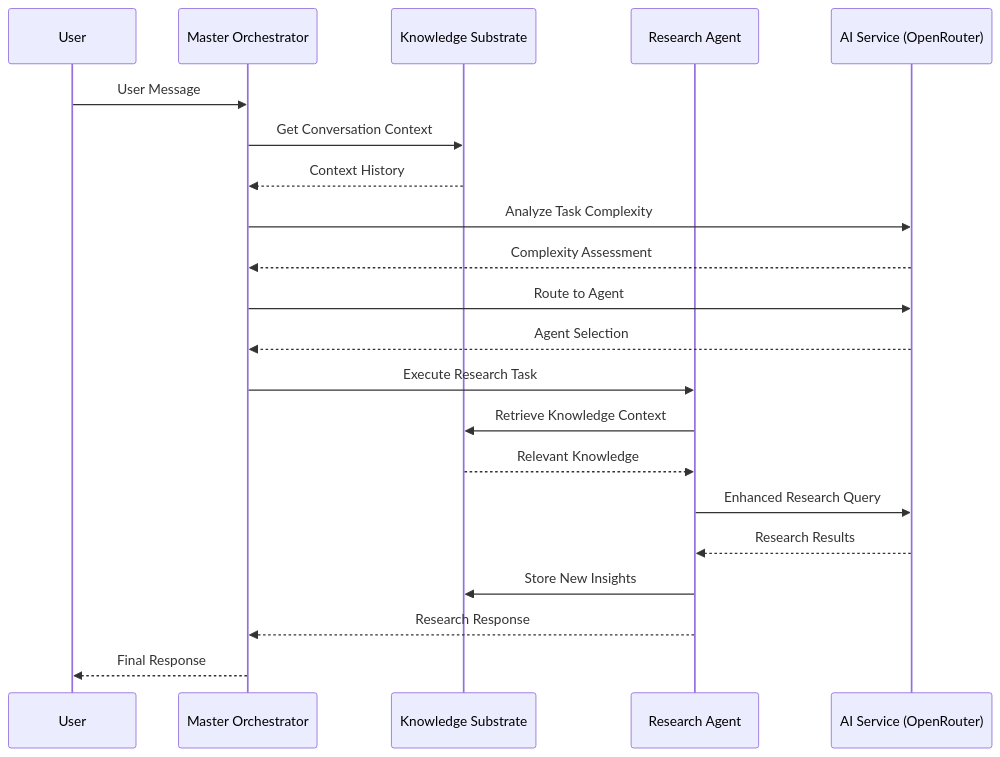
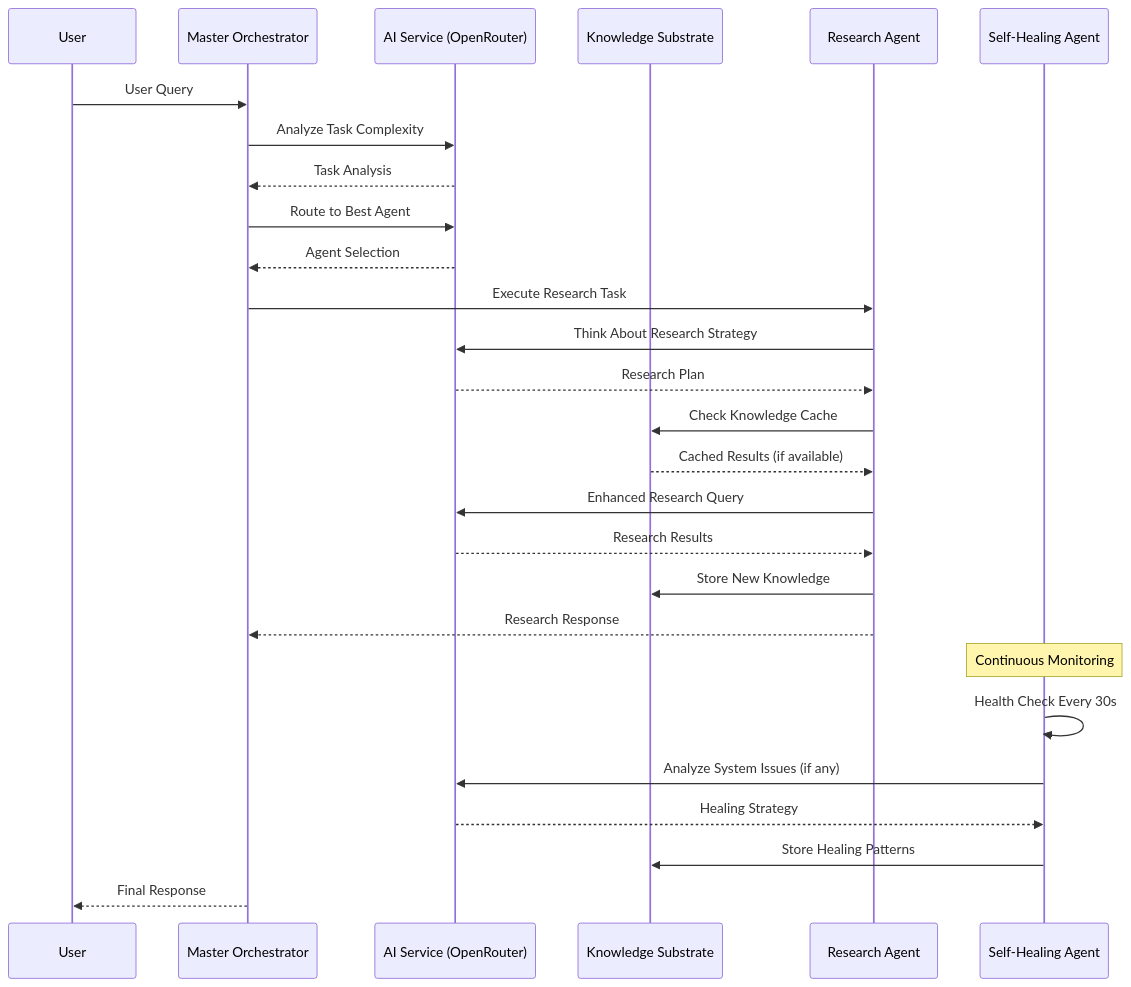
Before and after one commit to KevinDyerAU/AthenAiV2: the second of 3 diagrams in README.md, drawn with Mermaid. The commit also changed other lines of this file and 5 other files, not shown here.

Commit message:
docs: update README with new self-healing architecture and remove MLOps components

````diff
--- a/README.md
+++ b/README.md
@@ -320,24 +132,33 @@
 ```mermaid
 sequenceDiagram
     participant U as User
     participant MO as Master Orchestrator
+    participant AI as AI Service (OpenRouter)
     participant KS as Knowledge Substrate
     participant RA as Research Agent
-    participant AI as AI Service (OpenRouter)
+    participant SH as Self-Healing Agent
     
-    U->>MO: User Message
-    MO->>KS: Get Conversation Context
-    KS-->>MO: Context History
+    U->>MO: User Query
     MO->>AI: Analyze Task Complexity
-    AI-->>MO: Complexity Assessment
-    MO->>AI: Route to Agent
+    AI-->>MO: Task Analysis
+    MO->>AI: Route to Best Agent
     AI-->>MO: Agent Selection
+    
     MO->>RA: Execute Research Task
-    RA->>KS: Retrieve Knowledge Context
-    KS-->>RA: Relevant Knowledge
+    RA->>AI: Think About Research Strategy
+    AI-->>RA: Research Plan
+    RA->>KS: Check Knowledge Cache
+    KS-->>RA: Cached Results (if available)
     RA->>AI: Enhanced Research Query
     AI-->>RA: Research Results
-    RA->>KS: Store New Insights
+    RA->>KS: Store New Knowledge
     RA-->>MO: Research Response
+    
+    Note over SH: Continuous Monitoring
+    SH->>SH: Health Check Every 30s
+    SH->>AI: Analyze System Issues (if any)
+    AI-->>SH: Healing Strategy
+    SH->>KS: Store Healing Patterns
+    
     MO-->>U: Final Response
 ```
````
